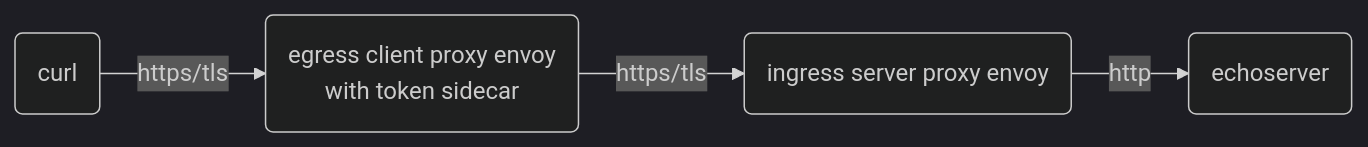
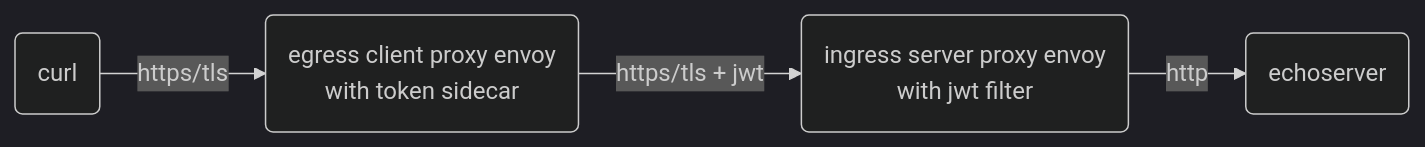
Before and after one commit to ctyano/athenz-distribution: the fourth of 15 diagrams in docs/ENVOY.md, drawn with Mermaid (dark theme). The commit also changed other lines of this file, not shown here.

````diff
--- a/docs/ENVOY.md
+++ b/docs/ENVOY.md
@@ -62,4 +62,4 @@
 ```mermaid
 flowchart LR
-A(curl) -->|https/tls| B(egress client proxy envoy\nwith token sidecar) -->|https/tls| C(ingress server proxy envoy) -->|http| D(echoserver)
+A(curl) -->|https/tls| B(egress client proxy envoy\nwith token sidecar) -->|https/tls + jwt| C(ingress server proxy envoy\nwith jwt filter) -->|http| D(echoserver)
 ```
````
